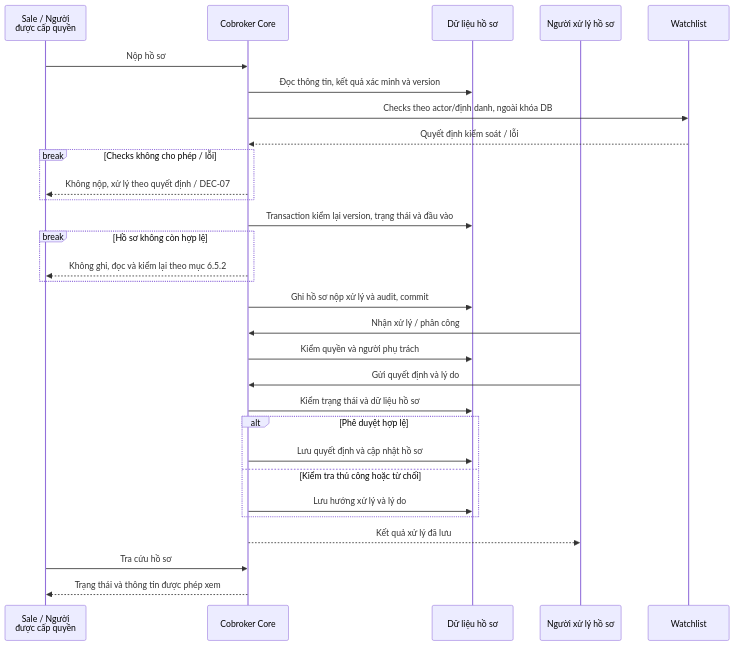
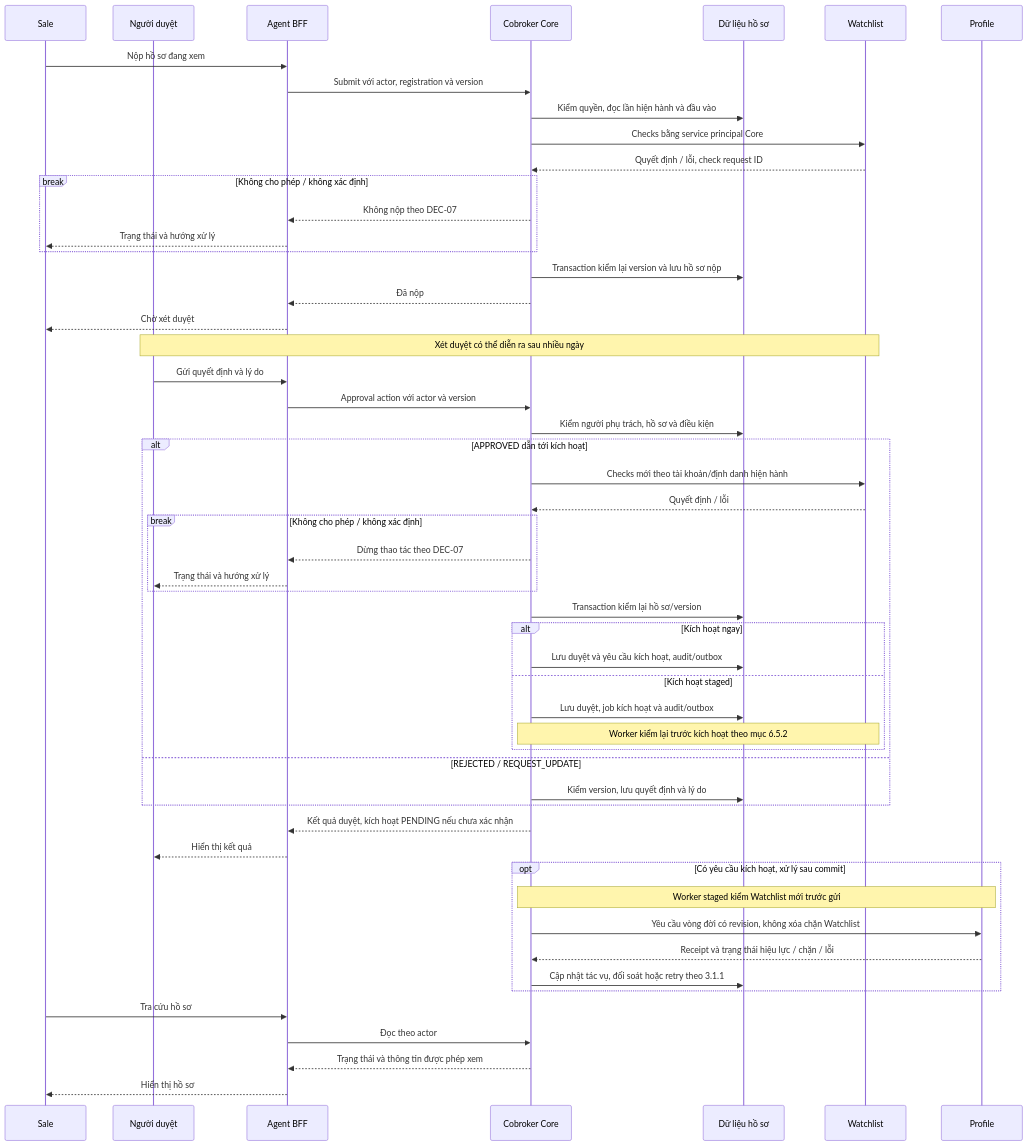
Before and after one commit to huynv-xyz/vhm-tdd: the diagram in cobroker/diagrams/cobroker-06.mmd, drawn with Mermaid. The commit also changed 11 other files, not shown here.

Commit message:
docs: close Cobroker architecture gaps in TTD v0.8

```diff
--- a/cobroker/diagrams/cobroker-06.mmd
+++ b/cobroker/diagrams/cobroker-06.mmd
@@ -1,30 +1,53 @@
 sequenceDiagram
-    participant U as Sale / Người<br/>được cấp quyền
+    participant U as Sale
+    participant R as Người duyệt
+    participant B as Agent BFF
     participant C as Cobroker Core
     participant D as Dữ liệu hồ sơ
-    participant R as Người xử lý hồ sơ
     participant W as Watchlist
-    U->>C: Nộp hồ sơ
-    C->>D: Đọc thông tin, kết quả xác minh và version
-    C->>W: Checks theo actor/định danh, ngoài khóa DB
-    W-->>C: Quyết định kiểm soát / lỗi
-    break Checks không cho phép / lỗi
-        C-->>U: Không nộp, xử lý theo quyết định / DEC-07
+    participant P as Profile
+    U->>B: Nộp hồ sơ đang xem
+    B->>C: Submit với actor, registration và version
+    C->>D: Kiểm quyền, đọc lần hiện hành và đầu vào
+    C->>W: Checks bằng service principal Core
+    W-->>C: Quyết định / lỗi, check request ID
+    break Không cho phép / không xác định
+        C-->>B: Không nộp theo DEC-07
+        B-->>U: Trạng thái và hướng xử lý
     end
-    C->>D: Transaction kiểm lại version, trạng thái và đầu vào
-    break Hồ sơ không còn hợp lệ
-        C-->>U: Không ghi, đọc và kiểm lại theo mục 6.5.2
+    C->>D: Transaction kiểm lại version và lưu hồ sơ nộp
+    C-->>B: Đã nộp
+    B-->>U: Chờ xét duyệt
+    Note over R,W: Xét duyệt có thể diễn ra sau nhiều ngày
+    R->>B: Gửi quyết định và lý do
+    B->>C: Approval action với actor và version
+    C->>D: Kiểm người phụ trách, hồ sơ và điều kiện
+    alt APPROVED dẫn tới kích hoạt
+        C->>W: Checks mới theo tài khoản/định danh hiện hành
+        W-->>C: Quyết định / lỗi
+        break Không cho phép / không xác định
+            C-->>B: Dừng thao tác theo DEC-07
+            B-->>R: Trạng thái và hướng xử lý
+        end
+        C->>D: Transaction kiểm lại hồ sơ/version
+        alt Kích hoạt ngay
+            C->>D: Lưu duyệt và yêu cầu kích hoạt, audit/outbox
+        else Kích hoạt staged
+            C->>D: Lưu duyệt, job kích hoạt và audit/outbox
+            Note over C,W: Worker kiểm lại trước kích hoạt theo mục 6.5.2
+        end
+    else REJECTED / REQUEST_UPDATE
+        C->>D: Kiểm version, lưu quyết định và lý do
     end
-    C->>D: Ghi hồ sơ nộp xử lý và audit, commit
-    R->>C: Nhận xử lý / phân công
-    C->>D: Kiểm quyền và người phụ trách
-    R->>C: Gửi quyết định và lý do
-    C->>D: Kiểm trạng thái và dữ liệu hồ sơ
-    alt Phê duyệt hợp lệ
-        C->>D: Lưu quyết định và cập nhật hồ sơ
-    else Kiểm tra thủ công hoặc từ chối
-        C->>D: Lưu hướng xử lý và lý do
+    C-->>B: Kết quả duyệt, kích hoạt PENDING nếu chưa xác nhận
+    B-->>R: Hiển thị kết quả
+    opt Có yêu cầu kích hoạt, xử lý sau commit
+        Note over C,P: Worker staged kiểm Watchlist mới trước gửi
+        C->>P: Yêu cầu vòng đời có revision, không xóa chặn Watchlist
+        P-->>C: Receipt và trạng thái hiệu lực / chặn / lỗi
+        C->>D: Cập nhật tác vụ, đối soát hoặc retry theo 3.1.1
     end
-    C-->>R: Kết quả xử lý đã lưu
-    U->>C: Tra cứu hồ sơ
-    C-->>U: Trạng thái và thông tin được phép xem
+    U->>B: Tra cứu hồ sơ
+    B->>C: Đọc theo actor
+    C-->>B: Trạng thái và thông tin được phép xem
+    B-->>U: Hiển thị hồ sơ
```
